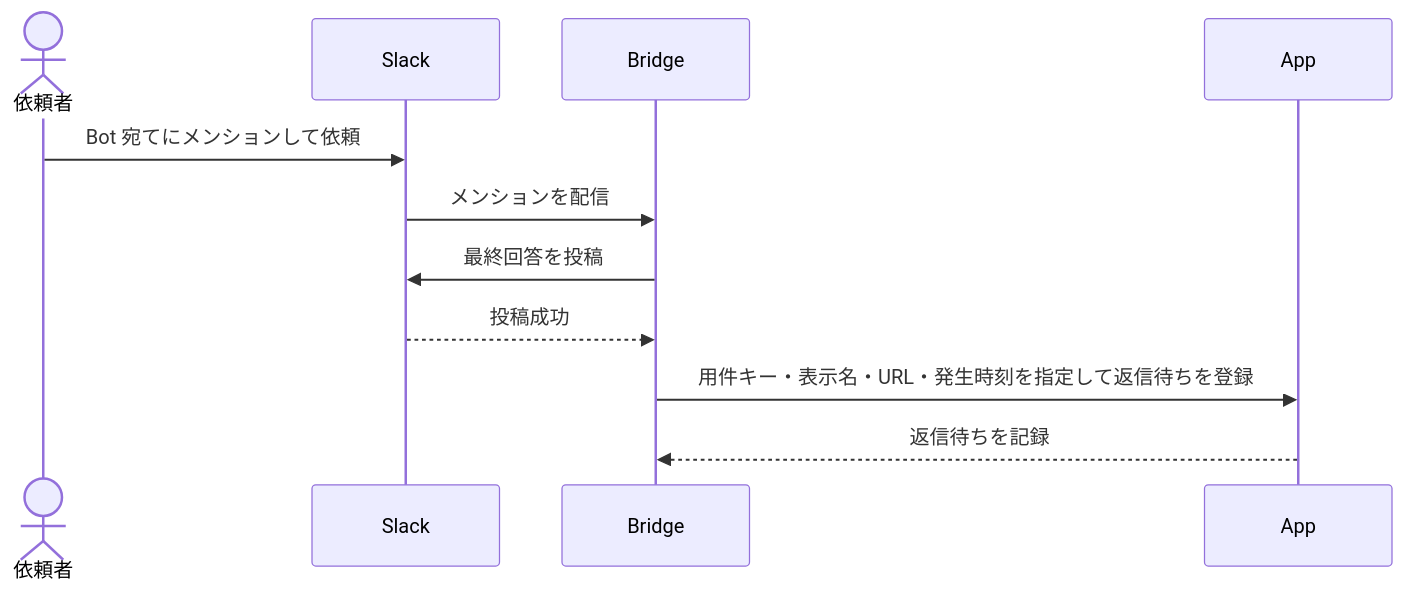
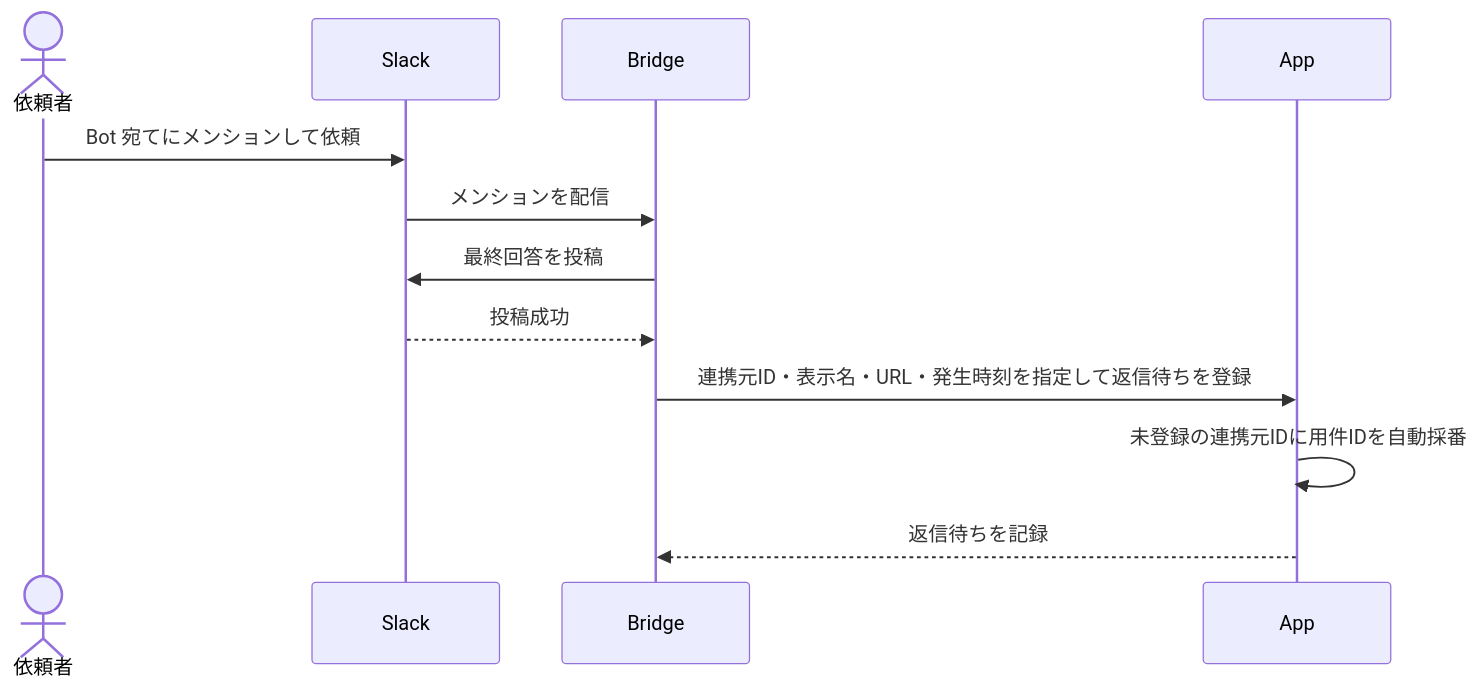
One commit to nishimura-yuma77/preview changed the first of 4 diagrams in reply-watch/docs/spec/features/reply-tracking/USECASE.md. Above: the diagram before and after it, drawn with Mermaid. The commit also changed other lines of this file and 6 other files, not shown here.

````diff
--- a/reply-watch/docs/spec/features/reply-tracking/USECASE.md
+++ b/reply-watch/docs/spec/features/reply-tracking/USECASE.md
@@ -17,10 +17,11 @@
 ```mermaid
 sequenceDiagram
     actor U as 依頼者
     U->>Slack: Bot 宛てにメンションして依頼
     Slack->>Bridge: メンションを配信
     Bridge->>Slack: 最終回答を投稿
     Slack-->>Bridge: 投稿成功
-    Bridge->>App: 用件キー・表示名・URL・発生時刻を指定して返信待ちを登録
+    Bridge->>App: 連携元ID・表示名・URL・発生時刻を指定して返信待ちを登録
+    App->>App: 未登録の連携元IDに用件IDを自動採番
     App-->>Bridge: 返信待ちを記録
 ```
````
